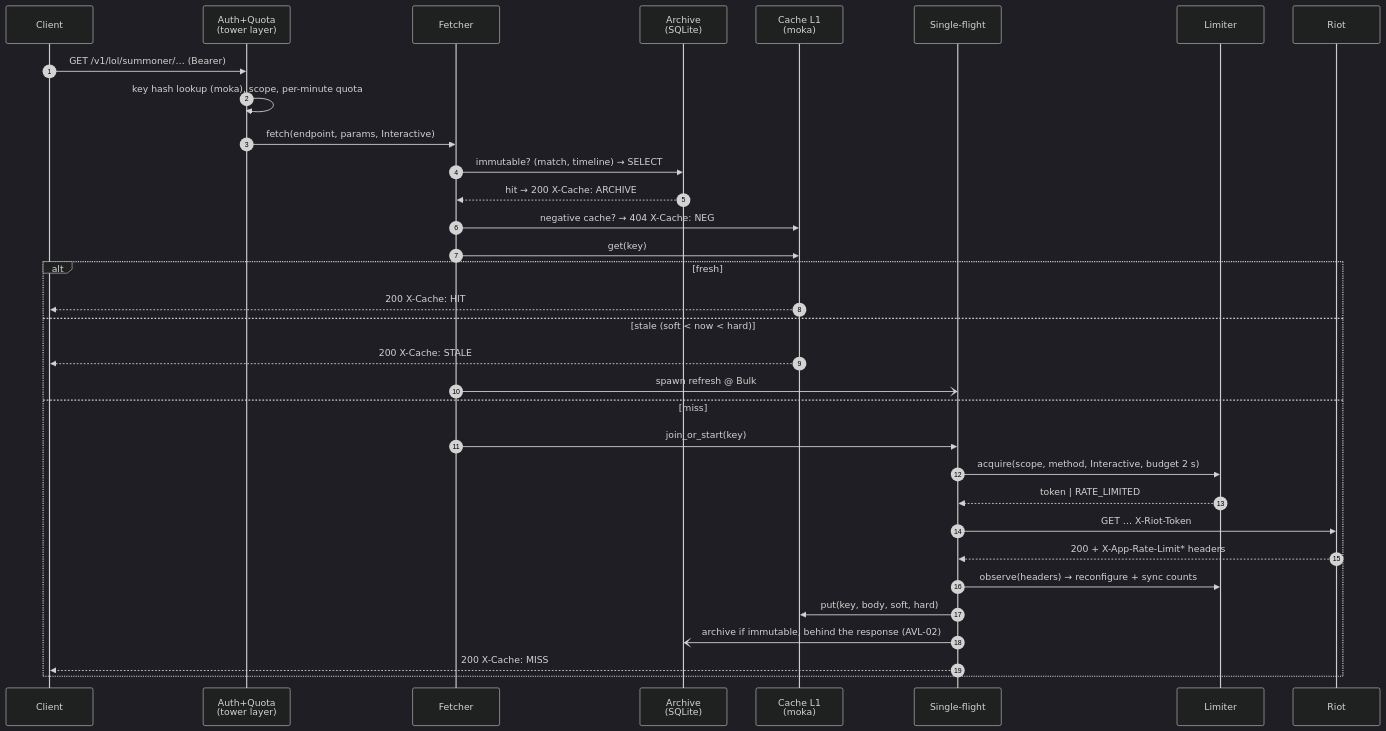
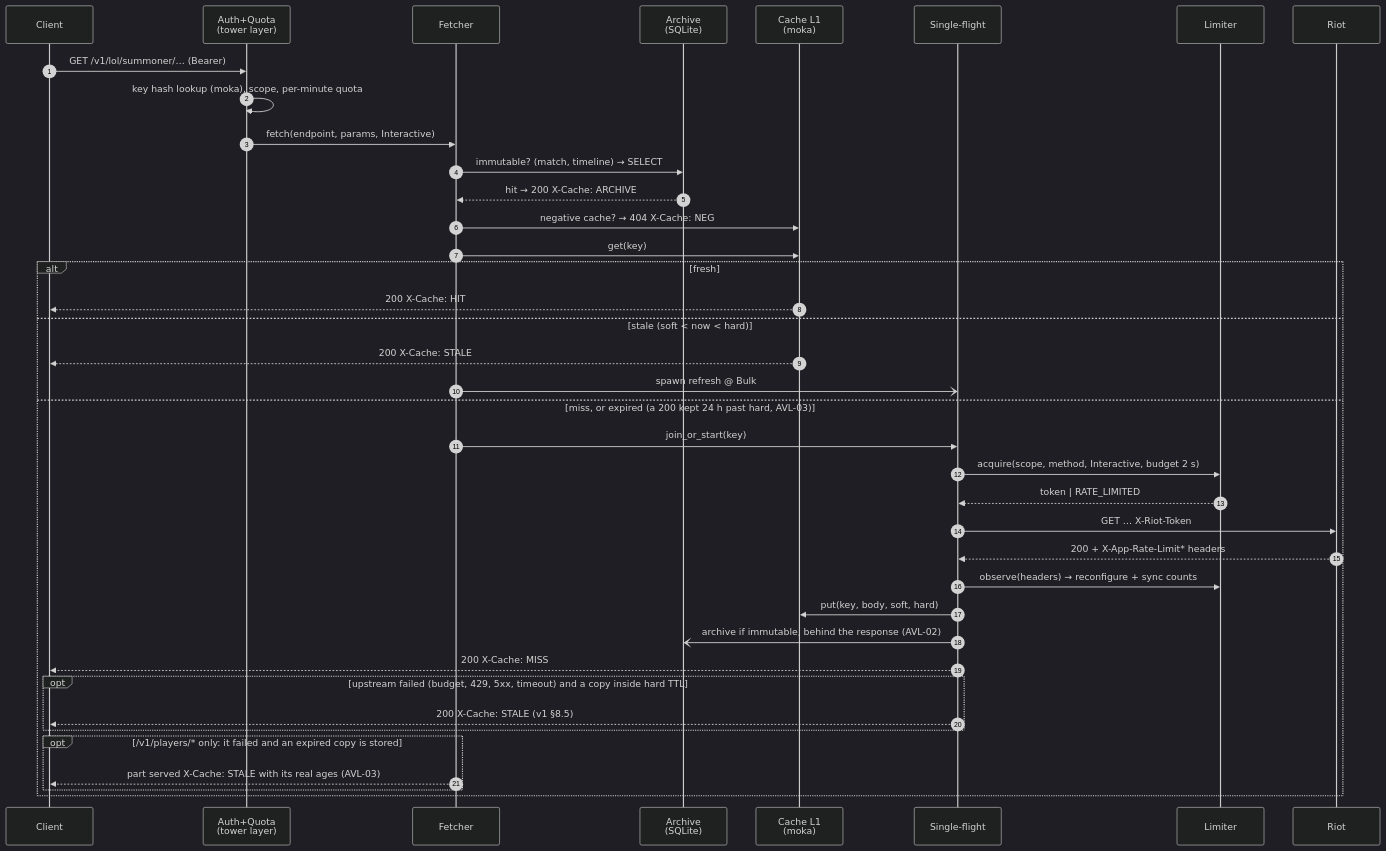
The third of 5 diagrams in docs/design/03-architecture.md (NinjaGoldfinch/riot-proxy), drawn with Mermaid (dark theme) before and after one commit. The commit also changed other lines of this file and 38 other files, not shown here.

First line of the commit message:
feat(cache): stale beats none for /v1/players/* (AVL-03) (#270)

````diff
--- a/docs/design/03-architecture.md
+++ b/docs/design/03-architecture.md
@@ -80,36 +80,42 @@
 ```mermaid
 sequenceDiagram
     autonumber
     participant C as Client
     participant A as Auth+Quota<br/>(tower layer)
     participant F as Fetcher
     participant AR as Archive<br/>(SQLite)
     participant L1 as Cache L1<br/>(moka)
     participant SF as Single-flight
     participant RL as Limiter
     participant R as Riot
 
     C->>A: GET /v1/lol/summoner/… (Bearer)
     A->>A: key hash lookup (moka), scope, per-minute quota
     A->>F: fetch(endpoint, params, Interactive)
     F->>AR: immutable? (match, timeline) → SELECT
     AR-->>F: hit → 200 X-Cache: ARCHIVE
     F->>L1: negative cache? → 404 X-Cache: NEG
     F->>L1: get(key)
     alt fresh
         L1-->>C: 200 X-Cache: HIT
     else stale (soft < now < hard)
         L1-->>C: 200 X-Cache: STALE
         F-)SF: spawn refresh @ Bulk
-    else miss
+    else miss, or expired (a 200 kept 24 h past hard, AVL-03)
         F->>SF: join_or_start(key)
         SF->>RL: acquire(scope, method, Interactive, budget 2 s)
         RL-->>SF: token | RATE_LIMITED
         SF->>R: GET … X-Riot-Token
         R-->>SF: 200 + X-App-Rate-Limit* headers
         SF->>RL: observe(headers) → reconfigure + sync counts
         SF->>L1: put(key, body, soft, hard)
         SF-)AR: archive if immutable, behind the response (AVL-02)
         SF-->>C: 200 X-Cache: MISS
+        opt upstream failed (budget, 429, 5xx, timeout) and a copy inside hard TTL
+            SF-->>C: 200 X-Cache: STALE (v1 §8.5)
+        end
+        opt /v1/players/* only: it failed and an expired copy is stored
+            F-->>C: part served X-Cache: STALE with its real ages (AVL-03)
+        end
     end
 ```
````
